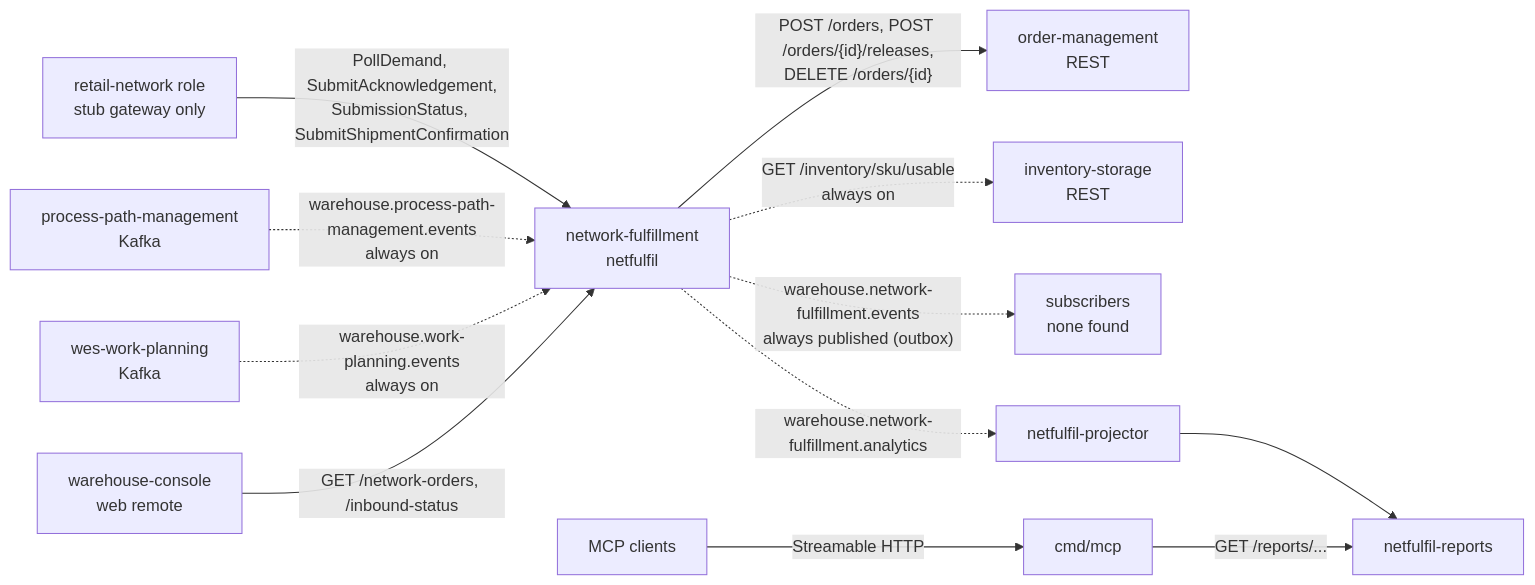
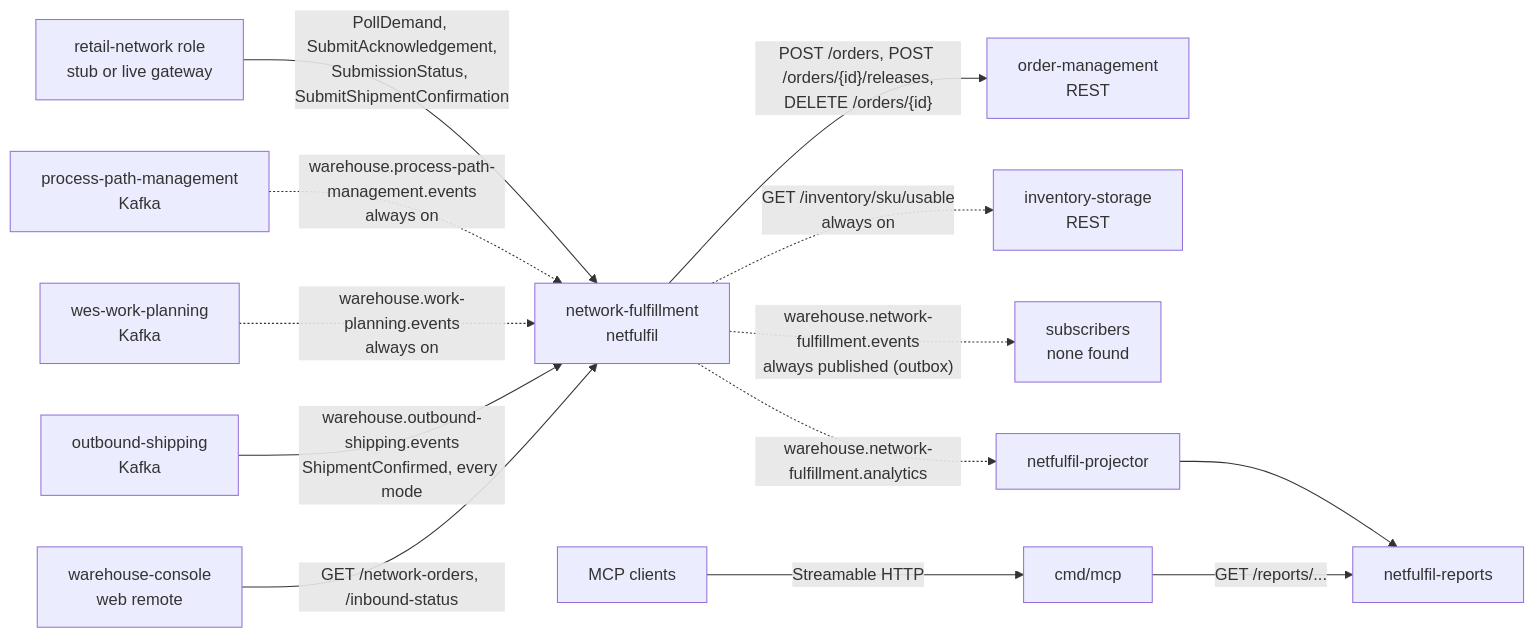
One commit to IQVO/network-fulfillment changed the diagram in docs/docs/ecosystem/integration.md. Above: the diagram before and after it, drawn with Mermaid. The commit also changed other lines of this file and 16 other files, not shown here.

````diff
--- a/docs/docs/ecosystem/integration.md
+++ b/docs/docs/ecosystem/integration.md
@@ -18,27 +18,29 @@
 ```mermaid
 flowchart LR
-    RN["retail-network role<br/>stub gateway only"]
+    RN["retail-network role<br/>stub or live gateway"]
     OM["order-management<br/>REST"]
     INV["inventory-storage<br/>REST"]
     PPM["process-path-management<br/>Kafka"]
     WWP["wes-work-planning<br/>Kafka"]
+    OSH["outbound-shipping<br/>Kafka"]
     NF["network-fulfillment<br/>netfulfil"]
     MCP["cmd/mcp"]
     PROJ["netfulfil-projector"]
     REP["netfulfil-reports"]
     CON["warehouse-console<br/>web remote"]
     AGT["MCP clients"]
     SUB["subscribers<br/>none found"]
 
     RN -->|"PollDemand, SubmitAcknowledgement,<br/>SubmissionStatus, SubmitShipmentConfirmation"| NF
     NF -->|"POST /orders, POST /orders/{id}/releases,<br/>DELETE /orders/{id}"| OM
     NF -.->|"GET /inventory/sku/usable<br/>always on"| INV
     PPM -.->|"warehouse.process-path-management.events<br/>always on"| NF
     WWP -.->|"warehouse.work-planning.events<br/>always on"| NF
+    OSH -->|"warehouse.outbound-shipping.events<br/>ShipmentConfirmed, every mode"| NF
     NF -.->|"warehouse.network-fulfillment.events<br/>always published (outbox)"| SUB
     NF -.->|"warehouse.network-fulfillment.analytics"| PROJ
     PROJ --> REP
     CON -->|"GET /network-orders, /inbound-status"| NF
     AGT -->|"Streamable HTTP"| MCP
     MCP -->|"GET /reports/..."| REP
 ```
````
